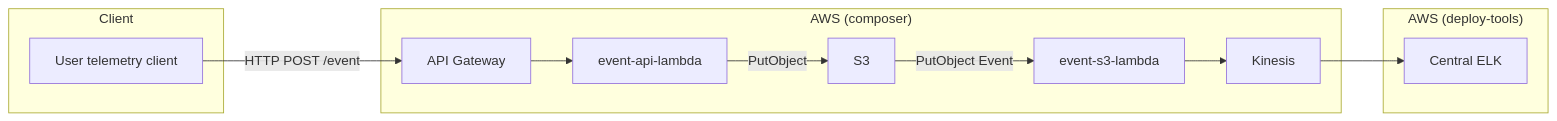
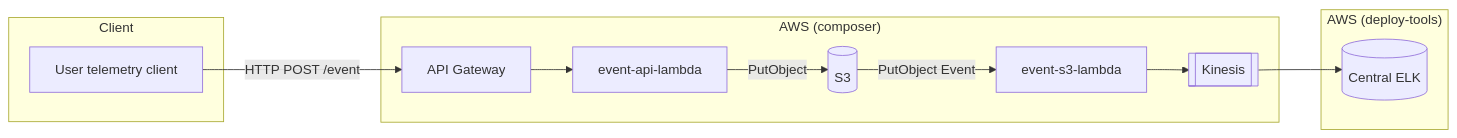
One commit to guardian/editorial-tools-user-telemetry-service changed the diagram in README.md. Above: the diagram before and after it, drawn with Mermaid.

Commit message:
Shapes for diagram

````diff
--- a/README.md
+++ b/README.md
@@ -5,16 +5,17 @@
 ```mermaid
 flowchart LR
     subgraph Client
     UTC[User telemetry client]
     end
     UTC--HTTP POST /event-->AG[API Gateway]
     subgraph "AWS (composer)"
     AG-->EAL[event-api-lambda]
-    EAL--PutObject-->S3
+    EAL--PutObject-->S3[(S3)]
     S3--PutObject Event-->ESL[event-s3-lambda]
-    ESL-->K[Kinesis]
+    ESL-->K[[Kinesis]]
     end
     subgraph "AWS (deploy-tools)"
-    K-->CE[Central ELK]
+    K-->CE[(Central ELK)]
     end
+
 ```
````
